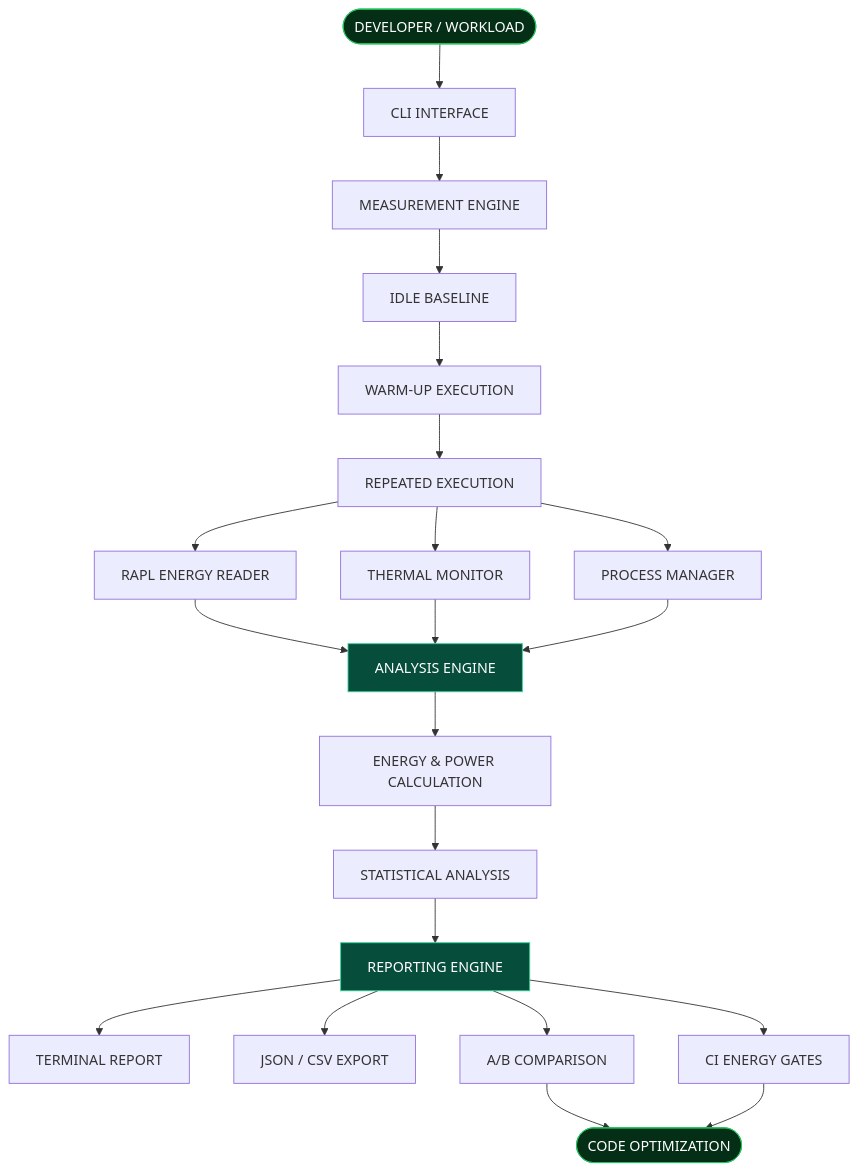
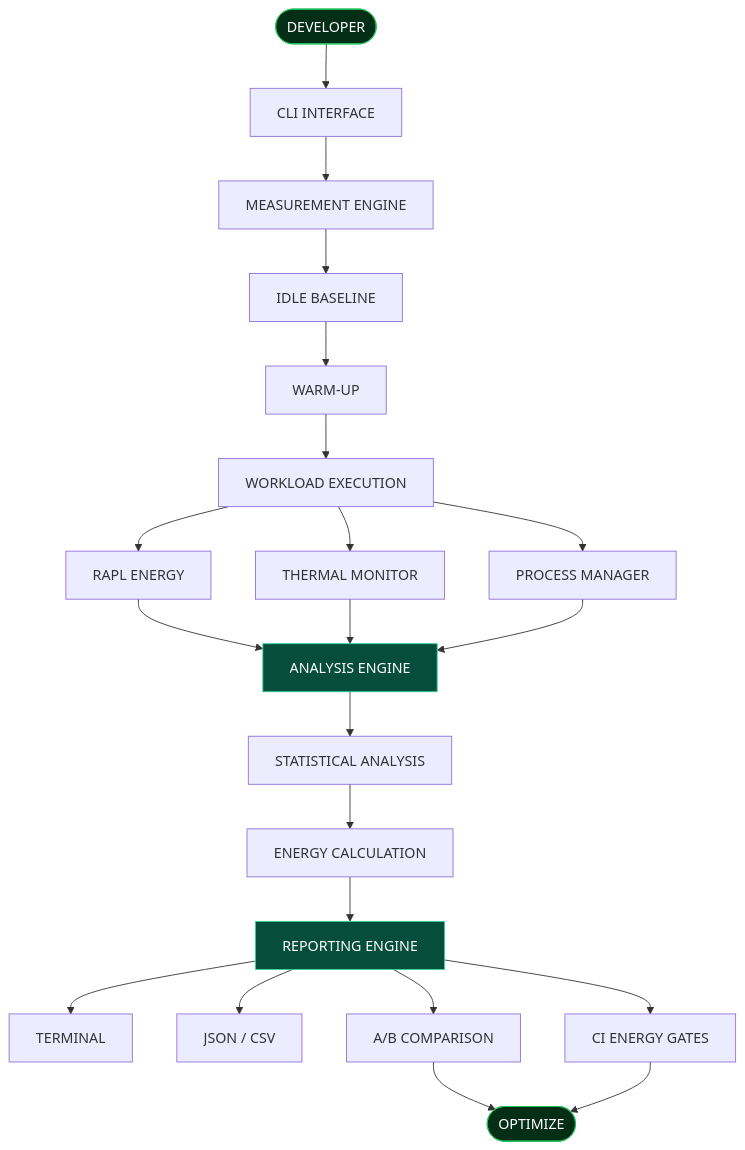
Before and after one commit to vikas468368-star/8DoTs: the diagram in README.md, drawn with Mermaid. The commit also changed other lines of this file, not shown here.

````diff
--- a/README.md
+++ b/README.md
@@ -64,36 +63,35 @@
 ```mermaid
 flowchart TD
-    A(["DEVELOPER / WORKLOAD"]) --> B["CLI INTERFACE"]
-
+    A(["DEVELOPER"]) --> B["CLI INTERFACE"]
     B --> C["MEASUREMENT ENGINE"]
 
     C --> D["IDLE BASELINE"]
-    D --> E["WARM-UP EXECUTION"]
-    E --> F["REPEATED EXECUTION"]
+    D --> E["WARM-UP"]
+    E --> F["WORKLOAD EXECUTION"]
 
-    F --> G["RAPL ENERGY READER"]
+    F --> G["RAPL ENERGY"]
     F --> H["THERMAL MONITOR"]
     F --> I["PROCESS MANAGER"]
 
     G --> J["ANALYSIS ENGINE"]
     H --> J
     I --> J
 
-    J --> K["ENERGY & POWER CALCULATION"]
-    K --> L["STATISTICAL ANALYSIS"]
+    J --> K["STATISTICAL ANALYSIS"]
+    K --> L["ENERGY CALCULATION"]
 
     L --> M["REPORTING ENGINE"]
 
-    M --> N["TERMINAL REPORT"]
-    M --> O["JSON / CSV EXPORT"]
+    M --> N["TERMINAL"]
+    M --> O["JSON / CSV"]
     M --> P["A/B COMPARISON"]
     M --> Q["CI ENERGY GATES"]
 
-    P --> R(["CODE OPTIMIZATION"])
+    P --> R(["OPTIMIZE"])
     Q --> R
 
     style A fill:#052e16,color:#fff,stroke:#22c55e
     style R fill:#052e16,color:#fff,stroke:#22c55e
     style J fill:#064e3b,color:#fff,stroke:#34d399
     style M fill:#064e3b,color:#fff,stroke:#34d399
 ```
````
